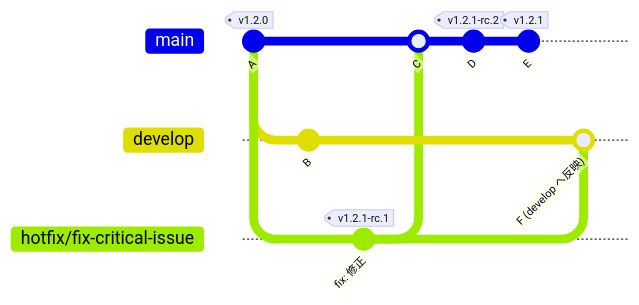
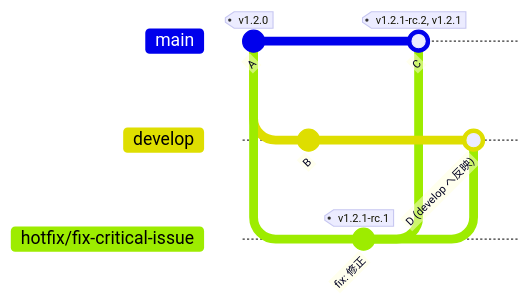
One commit to raysihto-d250311a/ops-guides-ja changed the fifth of 9 diagrams in docs/runbook.md. Above: the diagram before and after it, drawn with Mermaid. The commit also changed other lines of this file, not shown here.

Commit message:
docs: fix mermaid graphs to show RC and release tags on same commit

````diff
--- a/docs/runbook.md
+++ b/docs/runbook.md
@@ -412,17 +410,15 @@
 ```mermaid
 gitGraph
     commit id: "A" tag: "v1.2.0"
     branch develop
     checkout develop
     commit id: "B"
     checkout main
     branch hotfix/fix-critical-issue
     checkout hotfix/fix-critical-issue
     commit id: "fix: 修正" tag: "v1.2.1-rc.1"
     checkout main
-    merge hotfix/fix-critical-issue id: "C"
-    commit id: "D" tag: "v1.2.1-rc.2"
-    commit id: "E" tag: "v1.2.1"
+    merge hotfix/fix-critical-issue id: "C" tag: "v1.2.1-rc.2, v1.2.1"
     checkout develop
-    merge hotfix/fix-critical-issue id: "F (develop へ反映)"
+    merge hotfix/fix-critical-issue id: "D (develop へ反映)"
 ```
````
